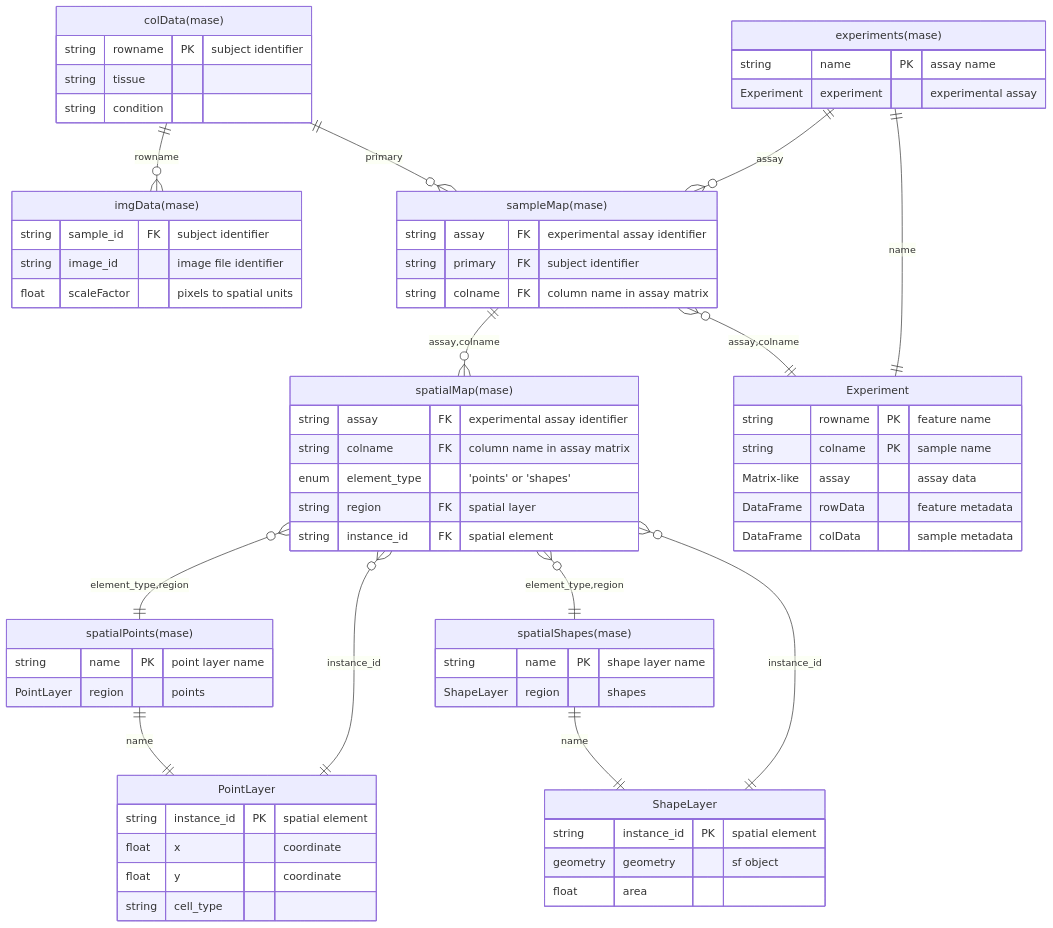
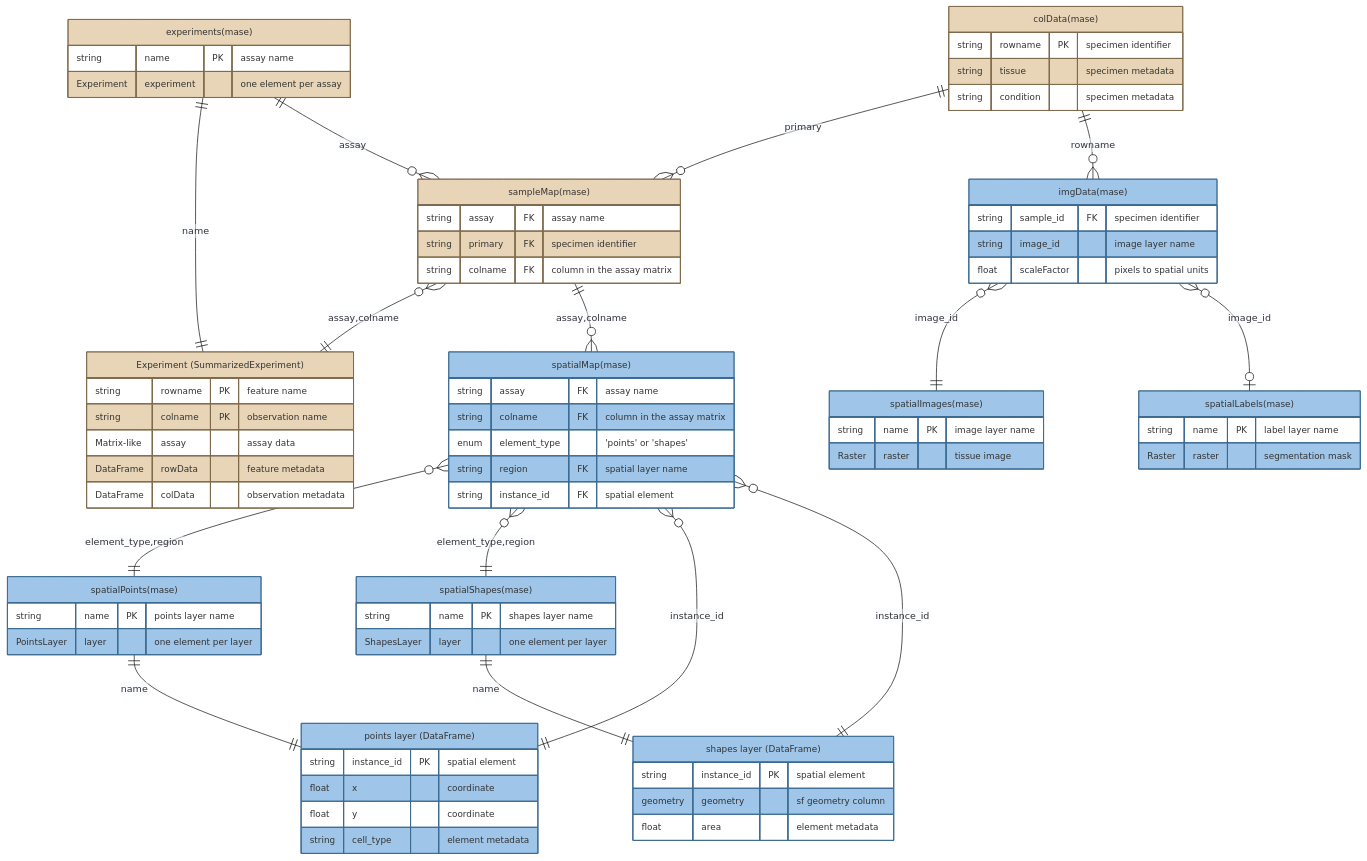
Before and after one commit to Genentech/MultiAssaySpatialExperiment: the diagram in vignettes/mase_erd.mmd, drawn with Mermaid. The commit also changed 15 other files, not shown here.

```diff
--- a/vignettes/mase_erd.mmd
+++ b/vignettes/mase_erd.mmd
@@ -1,78 +1,117 @@
-%%{init: {'theme':'base', 'themeVariables': { 'fontSize': '12px', primaryColor: '#9fc5e8' }}}%%
+%%{init: {'theme':'base', 'themeVariables': { 'fontSize': '13px' }}}%%
+
+%% Entities are declared in the order the Introduction vignette describes them:
+%% first the MultiAssayExperiment core that MASE inherits (tan), then the
+%% spatial element layers MASE adds (blue), then the two tables that map
+%% observations onto specimens and onto space. Every entity label here appears
+%% verbatim in that description.
 
 erDiagram
-    "imgData(mase)" {
-        string sample_id FK "subject identifier"
-        string image_id "image file identifier"
+    %% ---- 1. Inherited from MultiAssayExperiment ----
+    colData["colData(mase)"] {
+        string rowname PK "specimen identifier"
+        string tissue "specimen metadata"
+        string condition "specimen metadata"
+    }
+
+    experiments["experiments(mase)"] {
+        string name PK "assay name"
+        Experiment experiment "one element per assay"
+    }
+
+    Experiment["Experiment (SummarizedExperiment)"] {
+        string rowname PK "feature name"
+        string colname PK "observation name"
+        Matrix-like assay "assay data"
+        DataFrame rowData "feature metadata"
+        DataFrame colData "observation metadata"
+    }
+
+    sampleMap["sampleMap(mase)"] {
+        string assay FK "assay name"
+        string primary FK "specimen identifier"
+        string colname FK "column in the assay matrix"
+    }
+
+    %% ---- 2. Spatial element layers added by MASE ----
+    spatialPoints["spatialPoints(mase)"] {
+        string name PK "points layer name"
+        PointsLayer layer "one element per layer"
+    }
+
+    PointsLayer["points layer (DataFrame)"] {
+        string instance_id PK "spatial element"
+        float x "coordinate"
+        float y "coordinate"
+        string cell_type "element metadata"
+    }
+
+    spatialShapes["spatialShapes(mase)"] {
+        string name PK "shapes layer name"
+        ShapesLayer layer "one element per layer"
+    }
+
+    ShapesLayer["shapes layer (DataFrame)"] {
+        string instance_id PK "spatial element"
+        geometry geometry "sf geometry column"
+        float area "element metadata"
+    }
+
+    spatialImages["spatialImages(mase)"] {
+        string name PK "image layer name"
+        Raster raster "tissue image"
+    }
+
+    spatialLabels["spatialLabels(mase)"] {
+        string name PK "label layer name"
+        Raster raster "segmentation mask"
+    }
+
+    %% ---- 3. Tables mapping observations to specimens and to space ----
+    spatialMap["spatialMap(mase)"] {
+        string assay FK "assay name"
+        string colname FK "column in the assay matrix"
+        enum element_type "'points' or 'shapes'"
+        string region FK "spatial layer name"
+        string instance_id FK "spatial element"
+    }
+
+    imgData["imgData(mase)"] {
+        string sample_id FK "specimen identifier"
+        string image_id "image layer name"
         float scaleFactor "pixels to spatial units"
     }
 
-    "sampleMap(mase)" {
-        string assay FK "experimental assay identifier"
-        string primary FK "subject identifier"
-        string colname FK "column name in assay matrix"
-    }
+    %% ---- Relationships ----
+    colData ||--o{ sampleMap : "primary"
+    experiments ||--|| Experiment : "name"
+    experiments ||--o{ sampleMap : "assay"
+    sampleMap }o--|| Experiment : "assay,colname"
 
-    "spatialMap(mase)" {
-        string assay FK "experimental assay identifier"
-        string colname FK "column name in assay matrix"
-        enum element_type "'points' or 'shapes'"
-        string region FK "spatial layer"
-        string instance_id FK "spatial element"
-    }
-    
-    "colData(mase)" {
-        string rowname PK "subject identifier"
-        string tissue
-        string condition
-    }
-    
-    "experiments(mase)" {
-        string name PK "assay name"
-        Experiment experiment "experimental assay"
-    }
-    
-    Experiment {
-        string rowname PK "feature name"
-        string colname PK "sample name"
-        Matrix-like assay "assay data"
-        DataFrame rowData "feature metadata"
-        DataFrame colData "sample metadata"
-    }
-    
-    "spatialPoints(mase)" {
-        string name PK "point layer name"
-        PointLayer region "points"
-    }
-    
-    PointLayer {
-        string instance_id PK "spatial element"
-        float x "coordinate"
-        float y "coordinate"
-        string cell_type
-    }
-    
-    "spatialShapes(mase)" {
-        string name PK "shape layer name"
-        ShapeLayer region "shapes"
-    }
-    
-    ShapeLayer {
-        string instance_id PK "spatial element"
-        geometry geometry "sf object"
-        float area
-    }
-    
-    %% Relationships
-    "colData(mase)" ||--o{ "imgData(mase)" : "rowname"
-    "colData(mase)" ||--o{ "sampleMap(mase)" : "primary"
-    "sampleMap(mase)" ||--o{ "spatialMap(mase)" : "assay,colname"
-    "sampleMap(mase)" }o--|| Experiment : "assay,colname"
-    "spatialMap(mase)" }o--|| "spatialPoints(mase)" : "element_type,region"
-    "spatialMap(mase)" }o--|| "spatialShapes(mase)" : "element_type,region"
-    "experiments(mase)" ||--|| Experiment : "name"
-    "experiments(mase)" ||--o{ "sampleMap(mase)" : "assay"
-    "spatialPoints(mase)" ||--|| PointLayer : "name"
-    "spatialShapes(mase)" ||--|| ShapeLayer : "name"
-    PointLayer ||--o{ "spatialMap(mase)" : "instance_id"
-    ShapeLayer ||--o{ "spatialMap(mase)" : "instance_id"
+    spatialPoints ||--|| PointsLayer : "name"
+    spatialShapes ||--|| ShapesLayer : "name"
+
+    sampleMap ||--o{ spatialMap : "assay,colname"
+    spatialMap }o--|| spatialPoints : "element_type,region"
+    spatialMap }o--|| spatialShapes : "element_type,region"
+    PointsLayer ||--o{ spatialMap : "instance_id"
+    ShapesLayer ||--o{ spatialMap : "instance_id"
+
+    colData ||--o{ imgData : "rowname"
+    imgData }o--|| spatialImages : "image_id"
+    imgData }o--o| spatialLabels : "image_id"
+
+    %% ---- Colours: tan = inherited from MultiAssayExperiment, blue = MASE ----
+    style colData fill:#e8d5b7,stroke:#7f6a4d
+    style experiments fill:#e8d5b7,stroke:#7f6a4d
+    style Experiment fill:#e8d5b7,stroke:#7f6a4d
+    style sampleMap fill:#e8d5b7,stroke:#7f6a4d
+
+    style spatialPoints fill:#9fc5e8,stroke:#3d6b93
+    style PointsLayer fill:#9fc5e8,stroke:#3d6b93
+    style spatialShapes fill:#9fc5e8,stroke:#3d6b93
+    style ShapesLayer fill:#9fc5e8,stroke:#3d6b93
+    style spatialImages fill:#9fc5e8,stroke:#3d6b93
+    style spatialLabels fill:#9fc5e8,stroke:#3d6b93
+    style spatialMap fill:#9fc5e8,stroke:#3d6b93
+    style imgData fill:#9fc5e8,stroke:#3d6b93
```
